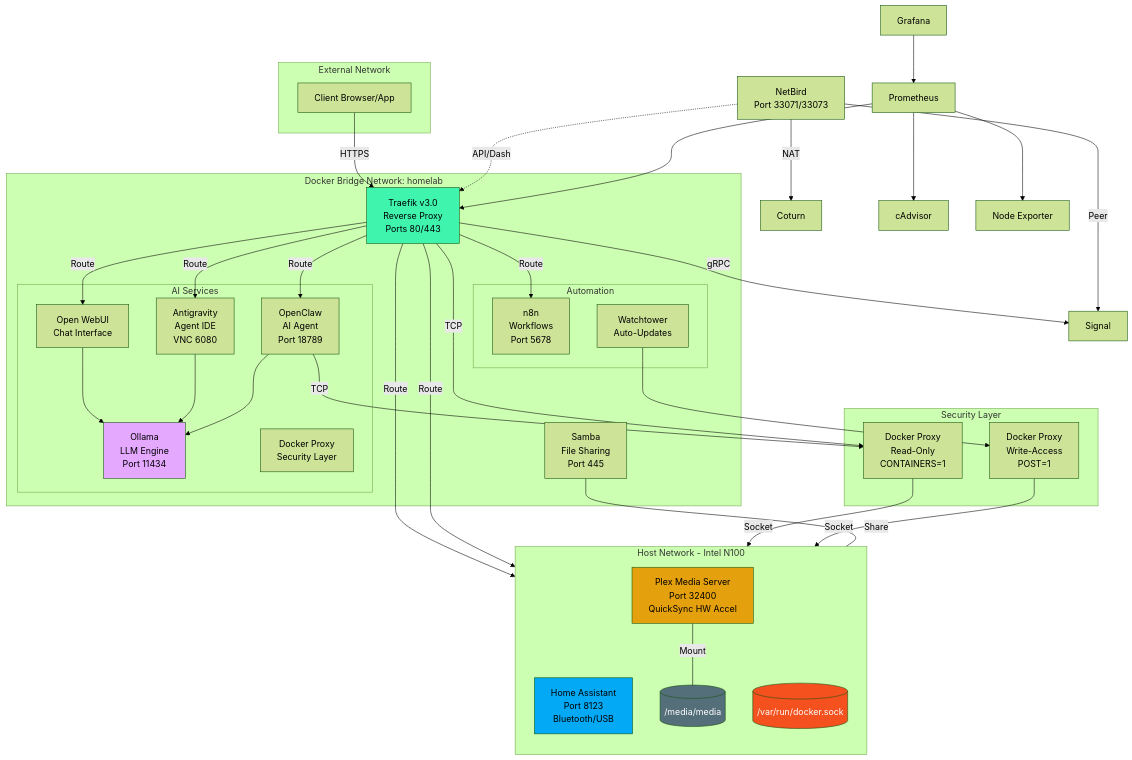
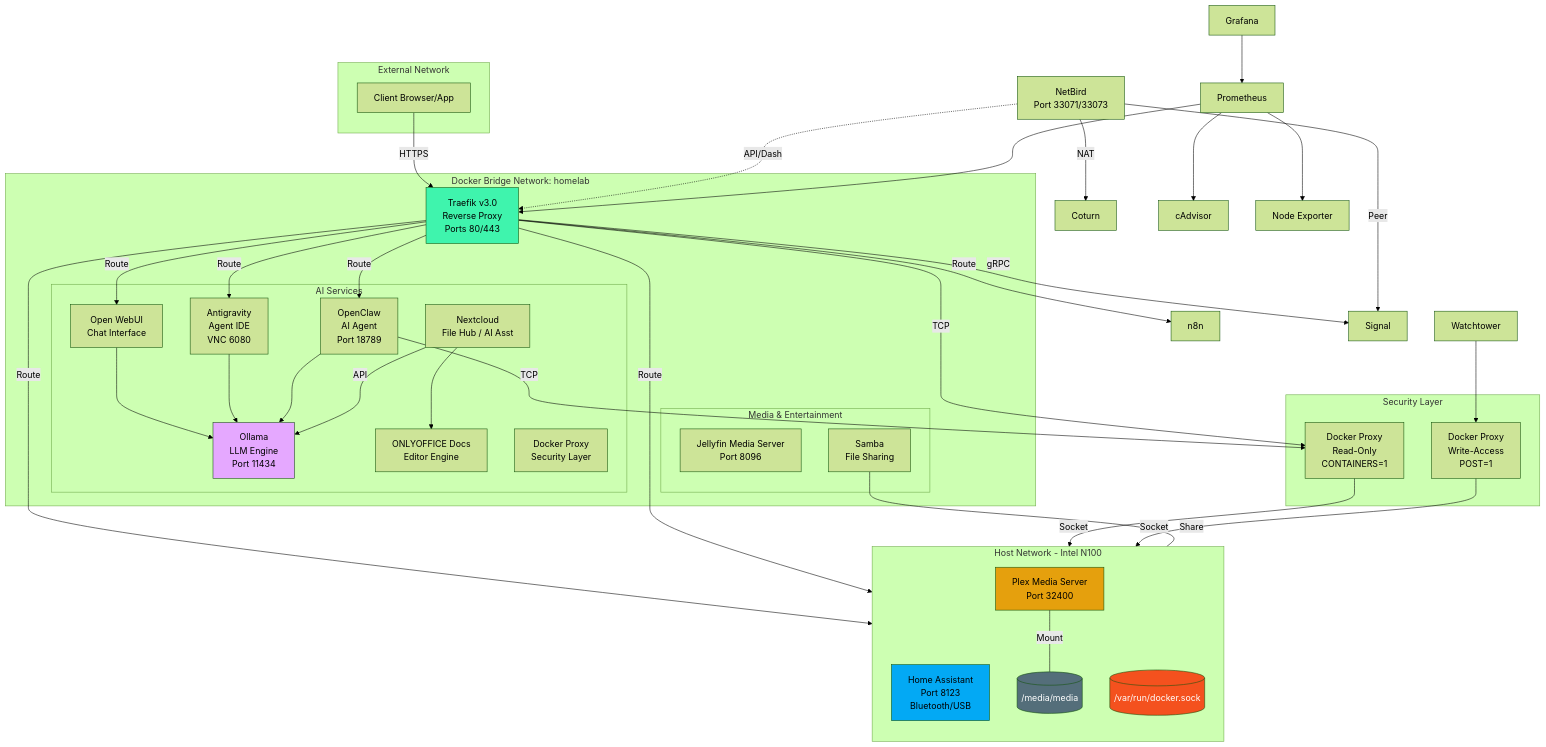
The diagram in README.md (oweibor/homelab), drawn with Mermaid (forest theme) before and after one commit. The commit also changed other lines of this file and 6 other files, not shown here.

Commit message:
v1.1.0: Integrated Nextcloud, ONLYOFFICE, and Jellyfin with AI capabilities and architectural optimizations

```diff
--- a/README.md
+++ b/README.md
@@ -194,15 +197,16 @@
             WebUI[Open WebUI<br/>Chat Interface]
             Antigravity[Antigravity<br/>Agent IDE<br/>VNC 6080]
             OpenClaw[OpenClaw<br/>AI Agent<br/>Port 18789]
+            OnlyOffice[ONLYOFFICE Docs<br/>Editor Engine]
+            Nextcloud[Nextcloud<br/>File Hub / AI Asst]
             Proxy[Docker Proxy<br/>Security Layer]
         end
         
-        subgraph AutoStack[Automation]
-            n8n[n8n<br/>Workflows<br/>Port 5678]
-            Watchtower[Watchtower<br/>Auto-Updates]
+        subgraph MediaStack[Media & Entertainment]
+            Plex[Plex Media Server<br/>Port 32400]
+            Jellyfin[Jellyfin Media Server<br/>Port 8096]
+            Samba[Samba<br/>File Sharing]
         end
-        
-        Samba[Samba<br/>File Sharing<br/>Port 445]
     end
 
     subgraph DockerSecurity[Security Layer]
@@ -221,6 +225,8 @@
     WebUI --> Ollama
     Antigravity --> Ollama
     OpenClaw --> Ollama
+    Nextcloud -->|API| Ollama
+    Nextcloud --> OnlyOffice
     
     %% System Integrations
     OpenClaw -->|TCP| ProxyRO
```
